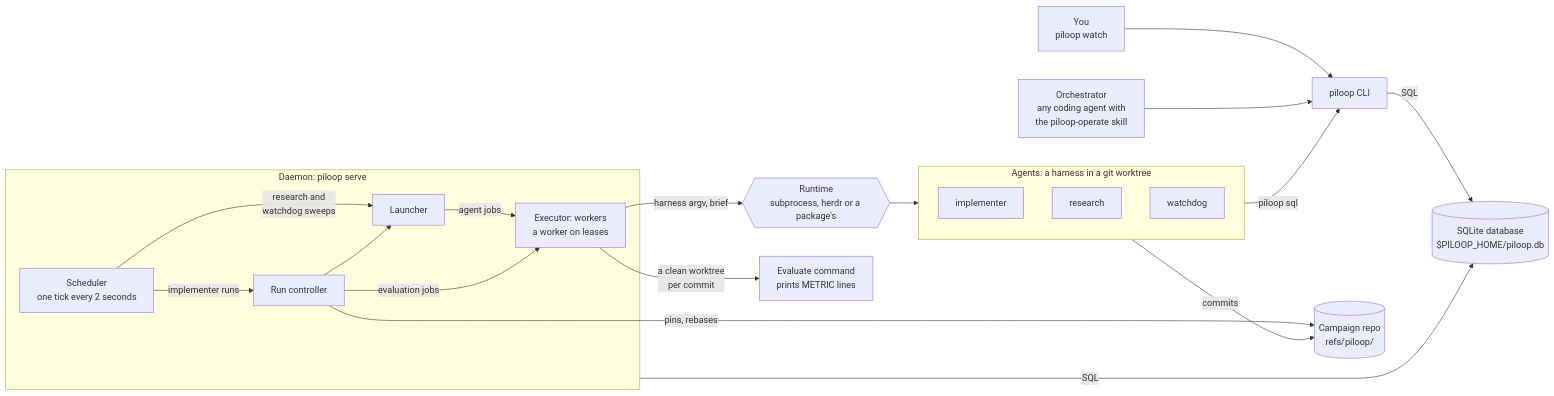
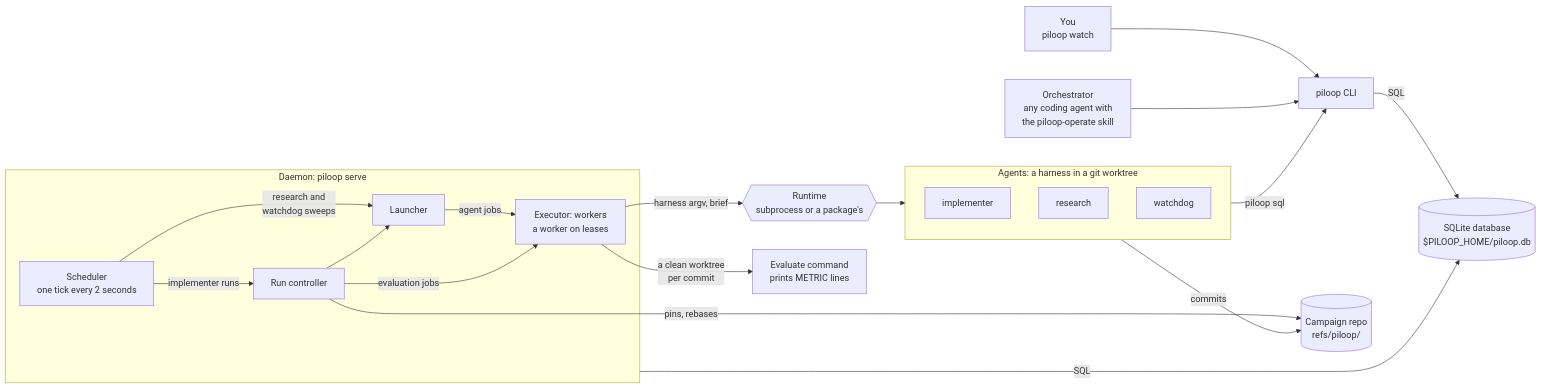
Before and after one commit to VatsaDev/piloop: the second of 2 diagrams in docs/architecture/overview.mdx, drawn with Mermaid. The commit also changed other lines of this file and 96 other files, not shown here.

First line of the commit message:
feat!: the herdr runtime is removed; agents run on the subprocess runtime (#248)

````diff
--- a/docs/architecture/overview.mdx
+++ b/docs/architecture/overview.mdx
@@ -64,37 +64,37 @@
 ```mermaid
 flowchart LR
     human["You<br/>piloop watch"]
     orch["Orchestrator<br/>any coding agent with<br/>the piloop-operate skill"]
     cli["piloop CLI"]
     db[("SQLite database<br/>$PILOOP_HOME/piloop.db")]
     subgraph daemon["Daemon: piloop serve"]
         scheduler["Scheduler<br/>one tick every 2 seconds"]
         controller["Run controller"]
         launcher["Launcher"]
         worker["Executor: workers<br/>a worker on leases"]
     end
-    runtime{{"Runtime<br/>subprocess, herdr or a package's"}}
+    runtime{{"Runtime<br/>subprocess or a package's"}}
     subgraph agents["Agents: a harness in a git worktree"]
         implementer["implementer"]
         research["research"]
         watchdog["watchdog"]
     end
     evaluate["Evaluate command<br/>prints METRIC lines"]
     repo[("Campaign repo<br/>refs/piloop/")]
 
     human --> cli
     orch --> cli
     cli -->|SQL| db
     daemon -->|SQL| db
     scheduler -->|implementer runs| controller
     scheduler -->|research and<br/>watchdog sweeps| launcher
     controller --> launcher
     launcher -->|agent jobs| worker
     controller -->|evaluation jobs| worker
     worker -->|harness argv, brief| runtime
     runtime --> agents
     agents -->|piloop sql| cli
     agents -->|commits| repo
     worker -->|a clean worktree<br/>per commit| evaluate
     controller -->|pins, rebases| repo
 ```
````
